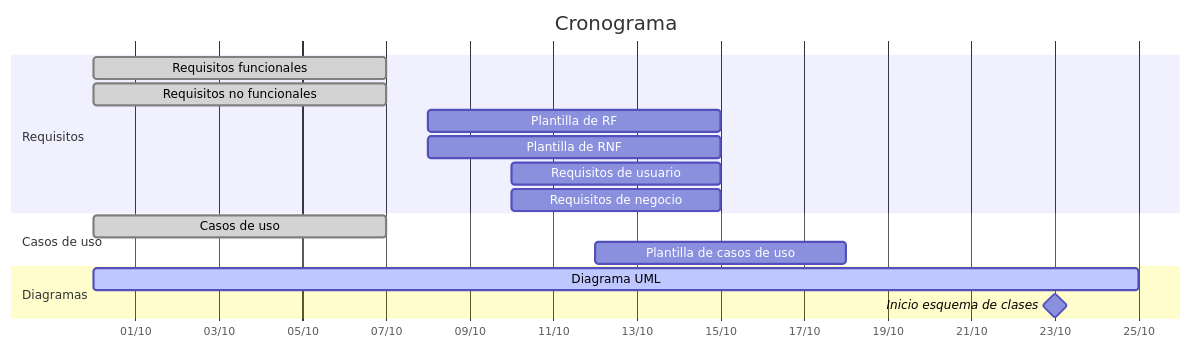
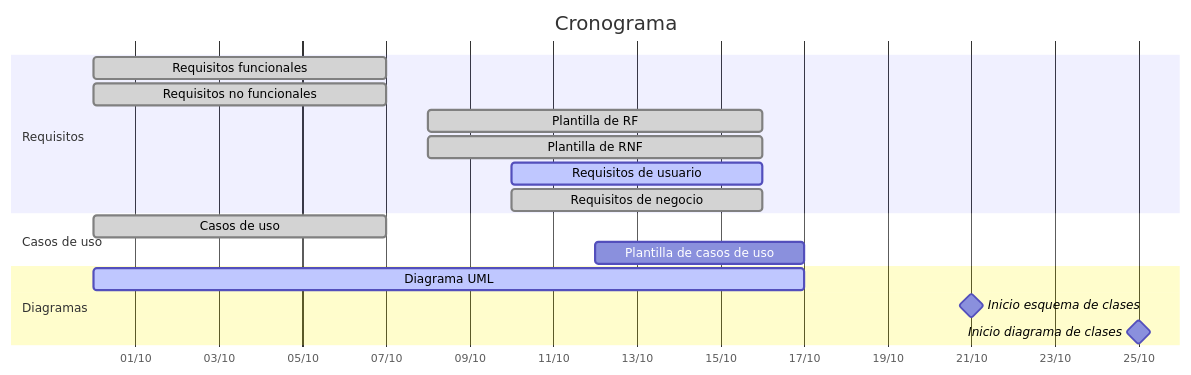
Before and after one commit to EVerjanoPerez/Grupo-Al-khwarizmi: the diagram in Planificacion/Planificación.md, drawn with Mermaid. The commit also changed other lines of this file and 1 other file, not shown here.

Commit message:
Planificación subida y requisitos actualizados

````diff
--- a/Planificacion/Planificación.md
+++ b/Planificacion/Planificación.md
@@ -50,19 +50,20 @@
 ```mermaid
 gantt
     title Cronograma
     dateFormat YYYY-MM-DD
     axisFormat %d/%m
     section Requisitos
     Requisitos funcionales           :done, rf, 2026-09-30, 2026-10-07
     Requisitos no funcionales        :done, rnf, 2026-09-30, 2026-10-07
-    Plantilla de RF                  :prf, 2026-10-08, 2026-10-15
-    Plantilla de RNF                 :prnf, 2026-10-08, 2026-10-15
-    Requisitos de usuario            :ru, 2026-10-10, 2026-10-15
-    Requisitos de negocio            :rn, 2026-10-10, 2026-10-15
+    Plantilla de RF                  :done, prf, 2026-10-08, 2026-10-16
+    Plantilla de RNF                 :done, prnf, 2026-10-08, 2026-10-16
+    Requisitos de usuario            :active, ru, 2026-10-10, 2026-10-16
+    Requisitos de negocio            :done, rn, 2026-10-10, 2026-10-16
     section Casos de uso
     Casos de uso                     :done, cu, 2026-09-30, 2026-10-07
-    Plantilla de casos de uso        :pcu, 2026-10-12, 2026-10-18
+    Plantilla de casos de uso        :pcu, 2026-10-12, 2026-10-17
     section Diagramas
-    Diagrama UML                     :active, uml, 2026-09-30, 2026-10-25
-    Inicio esquema de clases         :milestone, ec, 2026-10-23, 0d
+    Diagrama UML                     :active, uml, 2026-09-30, 2026-10-17
+    Inicio esquema de clases         :milestone, ec, 2026-10-21, 0d
+    Inicio diagrama de clases        :milestone, dc, 2026-10-25, 0d
 ```
````
